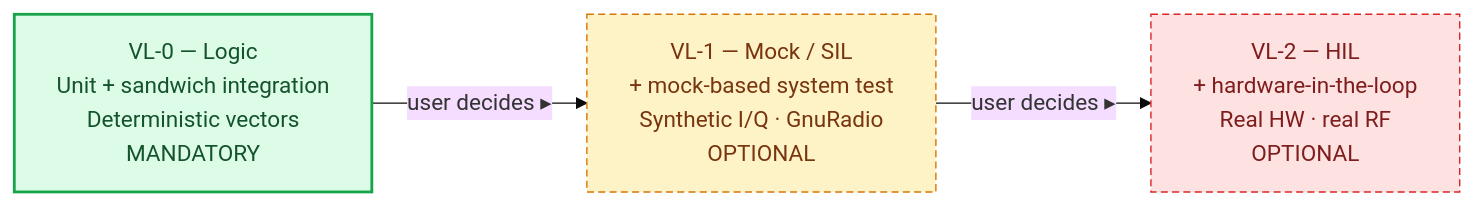
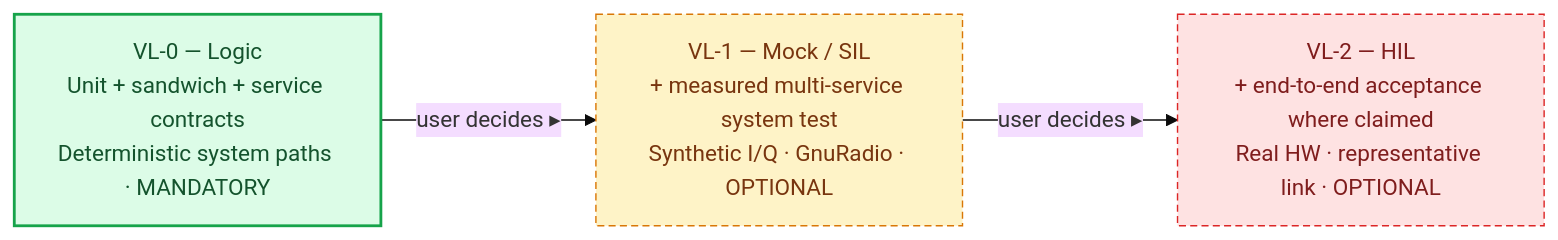
One commit to dramirezbe/codeanvil-gcpds changed the ninth of 11 diagrams in methodology/V-SIL-v3/V-SIL_v3.md. Above: the diagram before and after it, drawn with Mermaid (base theme). The commit also changed other lines of this file and 3 other files, not shown here.

First line of the commit message:
docs(v-sil-v3): model S1 as layered services system

````diff
--- a/methodology/V-SIL-v3/V-SIL_v3.md
+++ b/methodology/V-SIL-v3/V-SIL_v3.md
@@ -276,12 +315,12 @@
 ```mermaid
 flowchart LR
     classDef mandatory fill:#dcfce7,stroke:#16a34a,color:#14532d,stroke-width:2px
     classDef optional fill:#fef3c7,stroke:#d97706,color:#78350f,stroke-dasharray:5 3
     classDef hil fill:#fee2e2,stroke:#dc2626,color:#7f1d1d,stroke-dasharray:5 3
 
-    VL0["VL-0 — Logic<br/>Unit + sandwich integration<br/>Deterministic vectors<br/>MANDATORY"]:::mandatory
-    VL1["VL-1 — Mock / SIL<br/>+ mock-based system test<br/>Synthetic I/Q · GnuRadio<br/>OPTIONAL"]:::optional
-    VL2["VL-2 — HIL<br/>+ hardware-in-the-loop<br/>Real HW · real RF<br/>OPTIONAL"]:::hil
+    VL0["VL-0 — Logic<br/>Unit + sandwich + service contracts<br/>Deterministic system paths · MANDATORY"]:::mandatory
+    VL1["VL-1 — Mock / SIL<br/>+ measured multi-service system test<br/>Synthetic I/Q · GnuRadio · OPTIONAL"]:::optional
+    VL2["VL-2 — HIL<br/>+ end-to-end acceptance where claimed<br/>Real HW · representative link · OPTIONAL"]:::hil
 
     VL0 -->|"user decides ▸"| VL1 -->|"user decides ▸"| VL2
 ```
````
